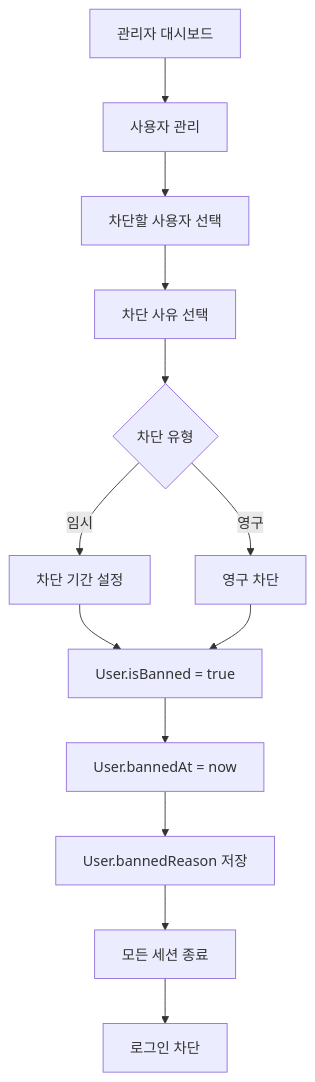
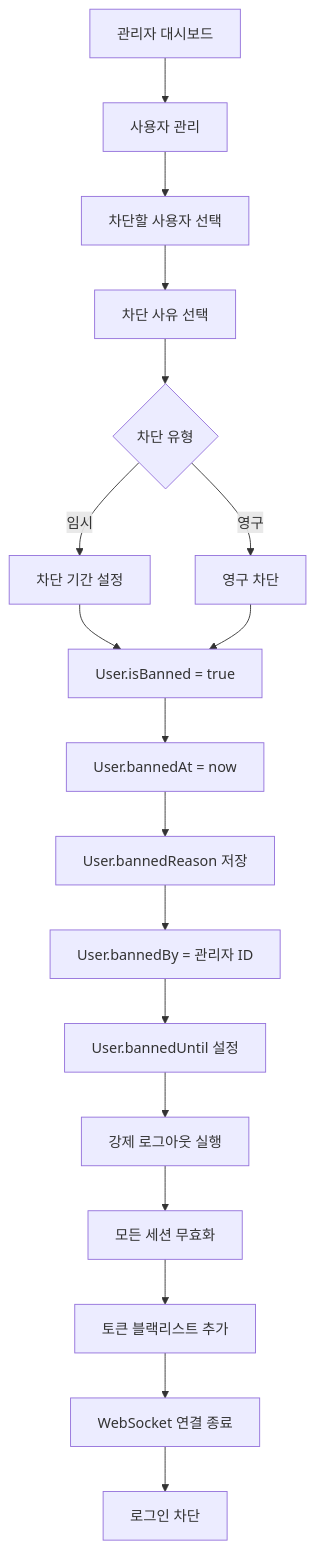
One commit to maximizest/connecto-nest changed diagram 14 of 27 in .md/flow.md. Above: the diagram before and after it, drawn with Mermaid. The commit also changed other lines of this file and 2 other files, not shown here.

Commit message:
관리자 관련 기능 및 문서 업데이트: Admin 엔티티와 관련 API 엔드포인트를 추가하여 강제 로그아웃 및 사용자 차단 기능을 문서화함. 세션 관리 및 모니터링 플로우를 포함하여 관리자 대시보드에서의 사용자 관리 기능을 강화하고, 관련 흐름 다이어그램을 업데이트하여 가독성을 높임.

````diff
--- a/.md/flow.md
+++ b/.md/flow.md
@@ -508,20 +510,25 @@
 ```mermaid
 graph TD
     A[관리자 대시보드] --> B[사용자 관리]
     B --> C[차단할 사용자 선택]
 
     C --> D[차단 사유 선택]
     D --> E{차단 유형}
 
     E -->|임시| F[차단 기간 설정]
     E -->|영구| G[영구 차단]
 
     F --> H[User.isBanned = true]
     G --> H
 
     H --> I[User.bannedAt = now]
     I --> J[User.bannedReason 저장]
+    J --> K[User.bannedBy = 관리자 ID]
+    K --> L[User.bannedUntil 설정]
 
-    J --> K[모든 세션 종료]
-    K --> L[로그인 차단]
+    L --> M[강제 로그아웃 실행]
+    M --> N[모든 세션 무효화]
+    N --> O[토큰 블랙리스트 추가]
+    O --> P[WebSocket 연결 종료]
+    P --> Q[로그인 차단]
 ```
````
